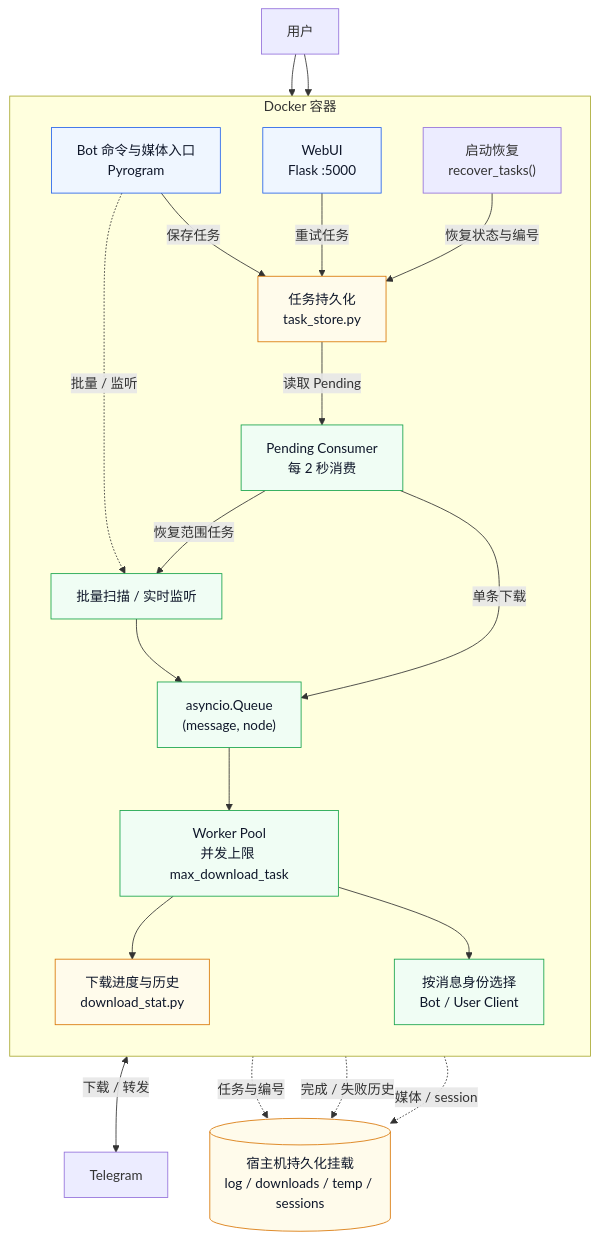
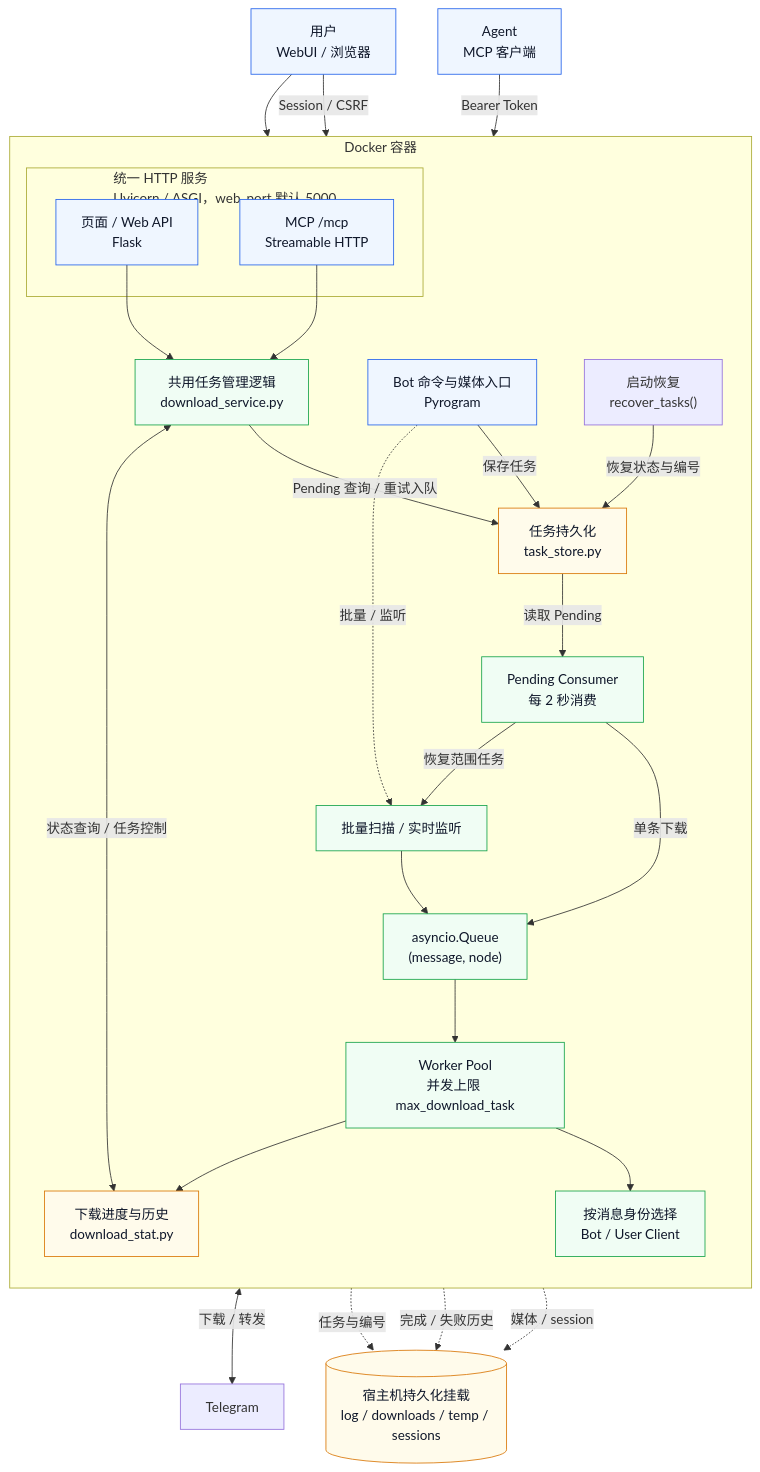
Before and after one commit to smilekevin/TGPorter: the first of 4 diagrams in README.md, drawn with Mermaid. The commit also changed other lines of this file and 12 other files, not shown here.

Commit message:
feat: integrate authenticated MCP tools into the web server

````diff
--- a/README.md
+++ b/README.md
@@ -186,46 +202,55 @@
 ```mermaid
 flowchart TB
-    User["用户"]
+    User["用户<br/>WebUI / 浏览器"]
+    Agent["Agent<br/>MCP 客户端"]
     Telegram["Telegram"]
 
     subgraph Container["Docker 容器"]
         direction TB
         Bot["Bot 命令与媒体入口<br/>Pyrogram"]
-        Web["WebUI<br/>Flask :5000"]
+        subgraph HTTP["统一 HTTP 服务<br/>Uvicorn / ASGI，web_port 默认 5000"]
+            API["页面 / Web API<br/>Flask"]
+            MCP["MCP /mcp<br/>Streamable HTTP"]
+        end
+        Service["共用任务管理逻辑<br/>download_service.py"]
         Store["任务持久化<br/>task_store.py"]
         Recovery["启动恢复<br/>recover_tasks()"]
         Consumer["Pending Consumer<br/>每 2 秒消费"]
         Scan["批量扫描 / 实时监听"]
         Queue["asyncio.Queue<br/>(message, node)"]
         Workers["Worker Pool<br/>并发上限 max_download_task"]
         Clients["按消息身份选择<br/>Bot / User Client"]
         Stats["下载进度与历史<br/>download_stat.py"]
     end
 
     Data[("宿主机持久化挂载<br/>log / downloads / temp / sessions")]
 
     User --> Bot
-    User --> Web
+    User -->|Session / CSRF| API
+    Agent -->|Bearer Token| MCP
+    API --> Service
+    MCP --> Service
     Bot -->|保存任务| Store
-    Web -->|重试任务| Store
+    Service -->|Pending 查询 / 重试入队| Store
+    Service <-->|状态查询 / 任务控制| Stats
     Recovery -->|恢复状态与编号| Store
     Store -->|读取 Pending| Consumer
     Consumer -->|单条下载| Queue
     Consumer -->|恢复范围任务| Scan
     Bot -.->|批量 / 监听| Scan
     Scan --> Queue
     Queue --> Workers
     Workers --> Clients
     Clients <-->|下载 / 转发| Telegram
     Workers --> Stats
     Store -.->|任务与编号| Data
     Stats -.->|完成 / 失败历史| Data
     Clients -.->|媒体 / session| Data
 
     classDef entry fill:#eff6ff,stroke:#2563eb,color:#0f172a
     classDef pipeline fill:#f0fdf4,stroke:#16a34a,color:#0f172a
     classDef storage fill:#fffbeb,stroke:#d97706,color:#0f172a
-    class Bot,Web entry
-    class Consumer,Scan,Queue,Workers,Clients pipeline
+    class User,Bot,API,Agent,MCP entry
+    class Service,Consumer,Scan,Queue,Workers,Clients pipeline
     class Store,Stats,Data storage
 ```
````
